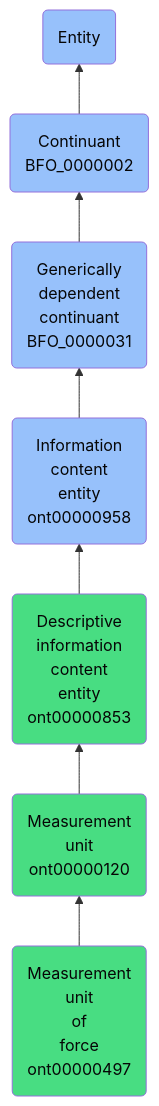
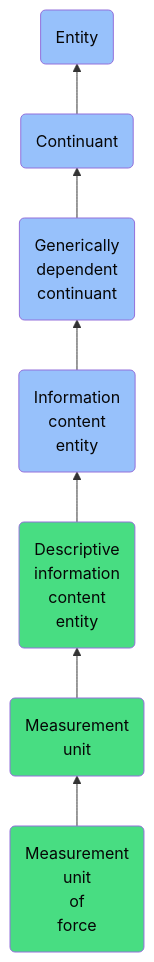
Before and after one commit to jupyter-naas/abi: the diagram in docs/ontology/reference/model/Entity/Continuant/Generically dependent continuant/Information content entity/Descriptive information content entity/Measurement unit/Measurement unit of force/Measurement unit of force.md, drawn with Mermaid. The commit also changed other lines of this file and 1430 other files, not shown here.

````diff
--- a/docs/ontology/reference/model/Entity/Continuant/Generically dependent continuant/Information content entity/Descriptive information content entity/Measurement unit/Measurement unit of force/Measurement unit of force.md
+++ b/docs/ontology/reference/model/Entity/Continuant/Generically dependent continuant/Information content entity/Descriptive information content entity/Measurement unit/Measurement unit of force/Measurement unit of force.md
@@ -24,14 +24,14 @@
 ```mermaid
 graph BT
-    ont00000497(Measurement<br>unit<br>of<br>force<br>ont00000497):::ABI-->ont00000120
-    ont00000120(Measurement<br>unit<br>ont00000120):::ABI-->ont00000853
-    ont00000853(Descriptive<br>information<br>content<br>entity<br>ont00000853):::ABI-->ont00000958
-    ont00000958(Information<br>content<br>entity<br>ont00000958):::BFO-->BFO_0000031
-    BFO_0000031(Generically<br>dependent<br>continuant<br>BFO_0000031):::BFO-->BFO_0000002
-    BFO_0000002(Continuant<br>BFO_0000002):::BFO-->BFO_0000001
+    ont00000497(Measurement<br>unit<br>of<br>force):::ABI-->ont00000120
+    ont00000120(Measurement<br>unit):::ABI-->ont00000853
+    ont00000853(Descriptive<br>information<br>content<br>entity):::ABI-->ont00000958
+    ont00000958(Information<br>content<br>entity):::BFO-->BFO_0000031
+    BFO_0000031(Generically<br>dependent<br>continuant):::BFO-->BFO_0000002
+    BFO_0000002(Continuant):::BFO-->BFO_0000001
     BFO_0000001(Entity):::BFO
     
     classDef BFO fill:#97c1fb,color:#060606
     classDef CCO fill:#e4c51e,color:#060606
     classDef ABI fill:#48DD82,color:#060606
 ```
````
